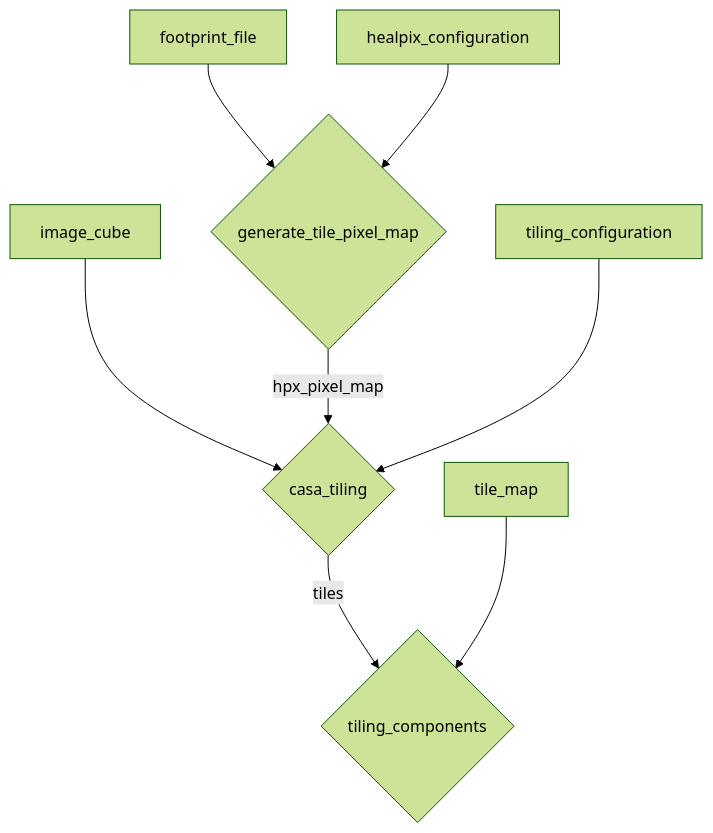
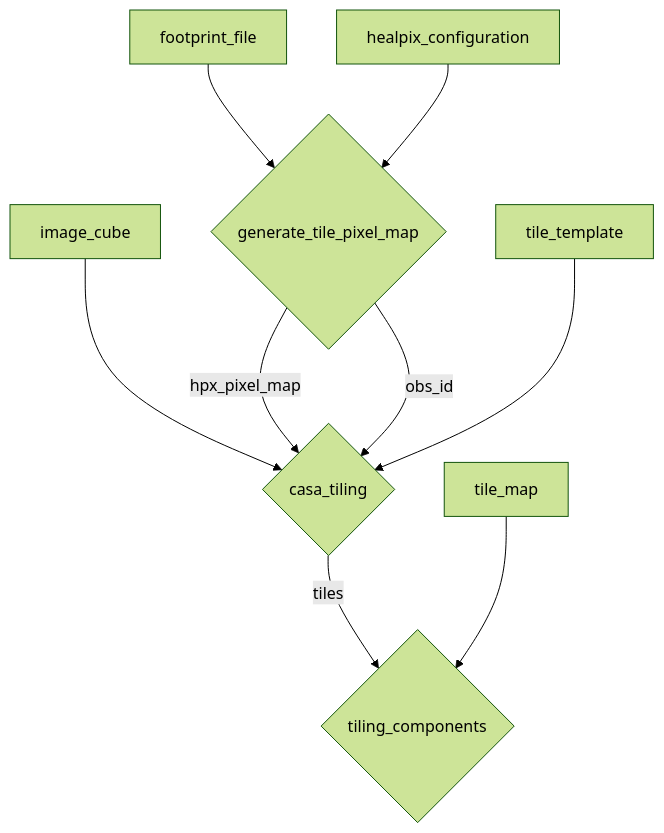
The diagram in hpx_tiles/README.md (AusSRC/pipeline_components), drawn with Mermaid (forest theme) before and after one commit. The commit also changed other lines of this file and 5 other files, not shown here.

Commit message:
generate tile pixel map update

````diff
--- a/hpx_tiles/README.md
+++ b/hpx_tiles/README.md
@@ -7,10 +7,11 @@
 ```mermaid
     graph TD;
     footprint_file-->A{generate_tile_pixel_map};
     healpix_configuration-->A{generate_tile_pixel_map};
     image_cube-->B{casa_tiling};
     A{generate_tile_pixel_map}-- hpx_pixel_map -->B{casa_tiling};
-    tiling_configuration-->B{casa_tiling};
+    A{generate_tile_pixel_map}-- obs_id -->B{casa_tiling};
+    tile_template-->B{casa_tiling};
     B{casa_tiling}-- tiles -->C{tiling_components};
     tile_map-->C{tiling_components}
 ```
````
